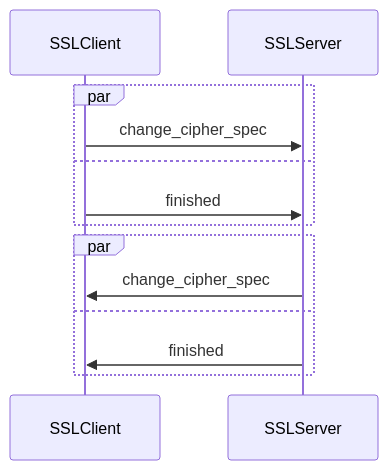
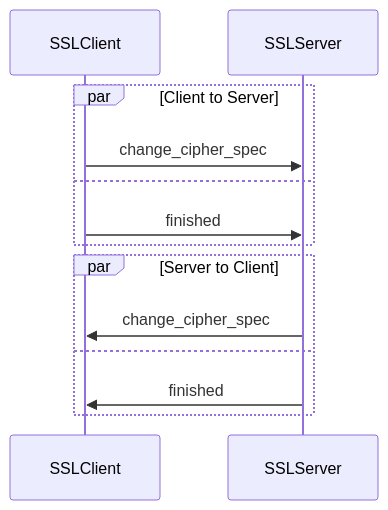
The fifth of 6 diagrams in notes_dev/net_security/vpn.md (jasonren0403/notes), drawn with Mermaid before and after one commit. The commit also changed other lines of this file and 30 other files, not shown here.

````diff
--- a/notes_dev/net_security/vpn.md
+++ b/notes_dev/net_security/vpn.md
@@ -504,15 +508,15 @@
 ```mermaid
 sequenceDiagram
 participant c as SSLClient
 participant s as SSLServer
-par
+par Client to Server
 c->>s:change_cipher_spec
 and
 c->>s:finished
 end
-par
+par Server to Client
 s->>c:change_cipher_spec
 and
 s->>c:finished
 end
 ```
````
